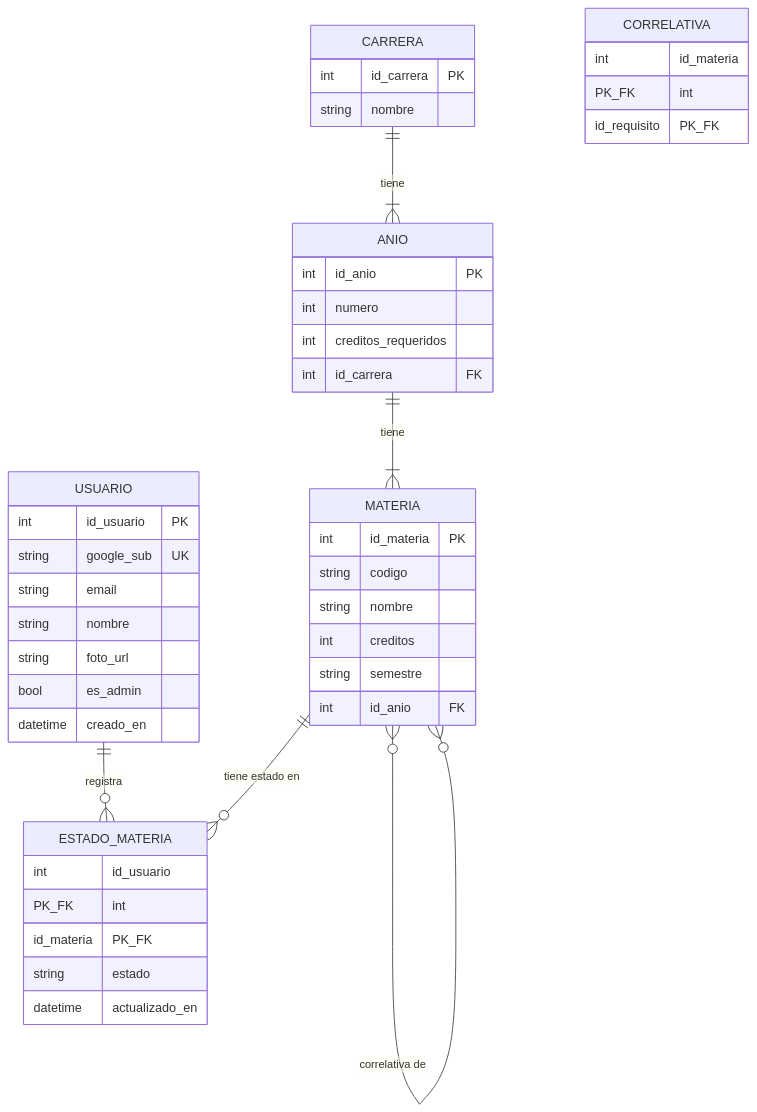
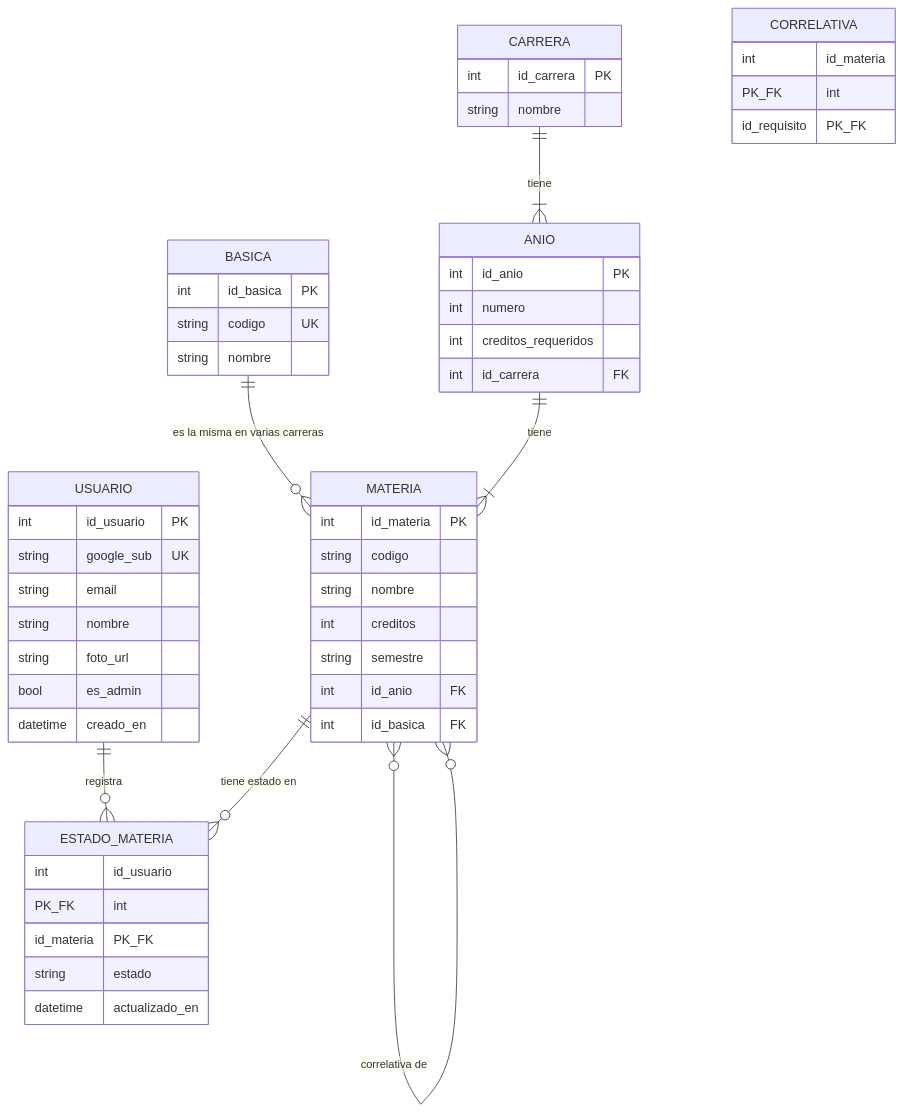
The diagram in docs/modelo_datos.md (checorazza/um-plan-interactivo), drawn with Mermaid before and after one commit. The commit also changed other lines of this file and 38 other files, not shown here.

````diff
--- a/docs/modelo_datos.md
+++ b/docs/modelo_datos.md
@@ -7,46 +7,53 @@
 ```mermaid
 erDiagram
+    BASICA ||--o{ MATERIA : "es la misma en varias carreras"
     CARRERA ||--|{ ANIO : tiene
     ANIO ||--|{ MATERIA : tiene
     MATERIA }o--o{ MATERIA : "correlativa de"
     USUARIO ||--o{ ESTADO_MATERIA : registra
     MATERIA ||--o{ ESTADO_MATERIA : "tiene estado en"
 
     CARRERA {
         int id_carrera PK
         string nombre
     }
     ANIO {
         int id_anio PK
         int numero
         int creditos_requeridos
         int id_carrera FK
     }
     MATERIA {
         int id_materia PK
         string codigo
         string nombre
         int creditos
         string semestre
         int id_anio FK
+        int id_basica FK
+    }
+    BASICA {
+        int id_basica PK
+        string codigo UK
+        string nombre
     }
     CORRELATIVA {
         int id_materia PK_FK
         int id_requisito PK_FK
     }
     USUARIO {
         int id_usuario PK
         string google_sub UK
         string email
         string nombre
         string foto_url
         bool es_admin
         datetime creado_en
     }
     ESTADO_MATERIA {
         int id_usuario PK_FK
         int id_materia PK_FK
         string estado
         datetime actualizado_en
     }
 ```
````
